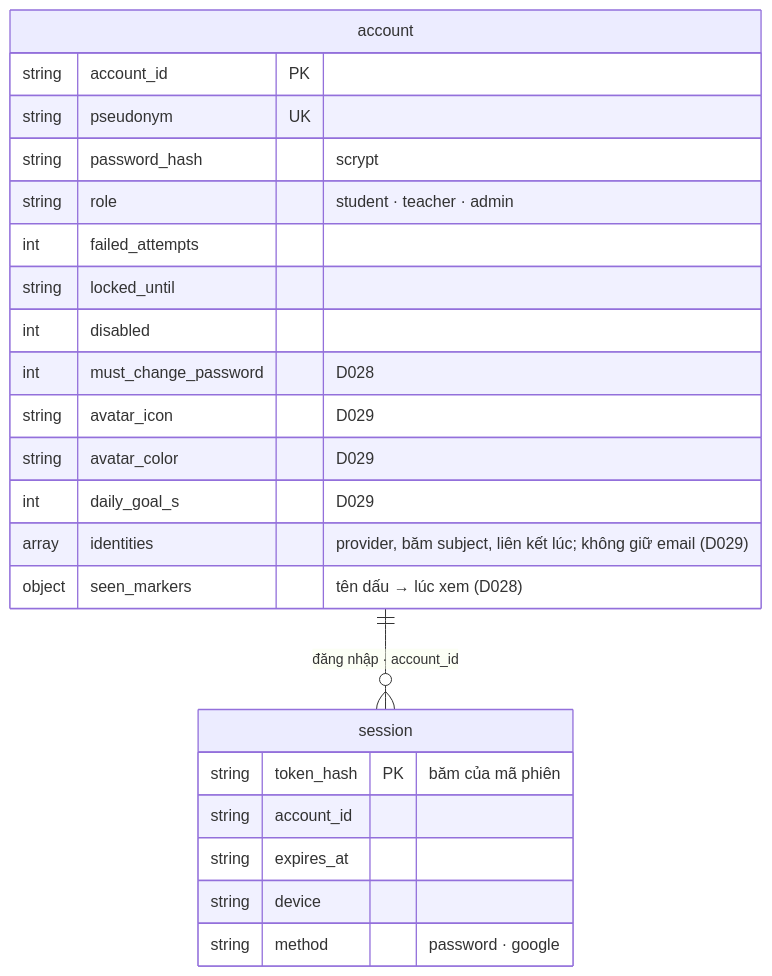
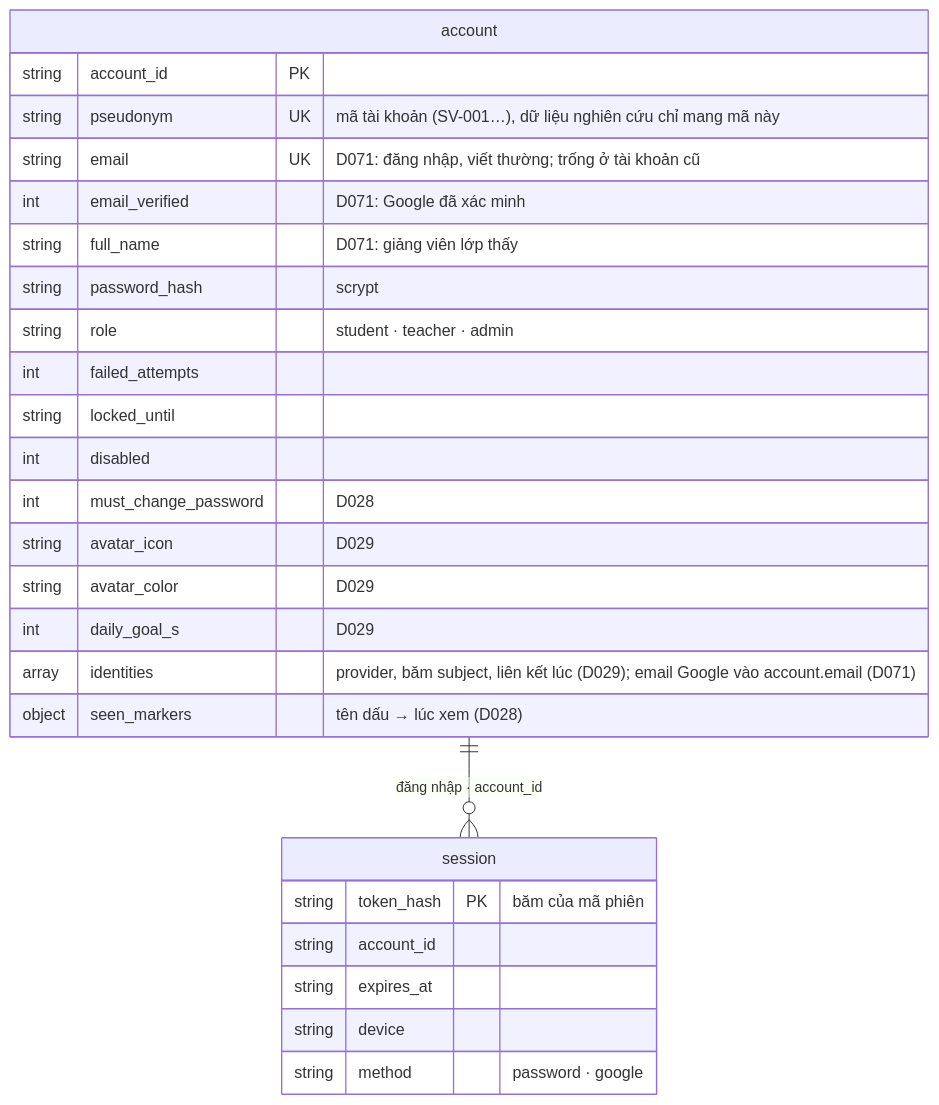
The seventh of 12 diagrams in docs/sdd/SDD.md (ThanhSangLouis/ai-assessor-cefr), drawn with Mermaid before and after one commit. The commit also changed other lines of this file and 23 other files, not shown here.

First line of the commit message:
D074: học theo band – người học chọn band, giảng viên giao lộ trình theo nhóm (#106)

````diff
--- a/docs/sdd/SDD.md
+++ b/docs/sdd/SDD.md
@@ -1062,31 +1063,34 @@
 ```mermaid
 %% SDD - Diagram 5c: ERD - dinh danh (MongoDB, database core, D060)
 %% Lien ket Google va dau "da xem" nam trong document cua tai khoan; phien dang
 %% nhap la collection rieng vi can chi muc TTL tu xoa phien het han.
 erDiagram
     account ||--o{ session : "đăng nhập · account_id"
 
     account {
         string account_id PK
-        string pseudonym UK
+        string pseudonym UK "mã tài khoản (SV-001…), dữ liệu nghiên cứu chỉ mang mã này"
+        string email UK "D071: đăng nhập, viết thường; trống ở tài khoản cũ"
+        int email_verified "D071: Google đã xác minh"
+        string full_name "D071: giảng viên lớp thấy"
         string password_hash "scrypt"
         string role "student · teacher · admin"
         int failed_attempts
         string locked_until
         int disabled
         int must_change_password "D028"
         string avatar_icon "D029"
         string avatar_color "D029"
         int daily_goal_s "D029"
-        array identities "provider, băm subject, liên kết lúc; không giữ email (D029)"
+        array identities "provider, băm subject, liên kết lúc (D029); email Google vào account.email (D071)"
         object seen_markers "tên dấu → lúc xem (D028)"
     }
 
     session {
         string token_hash PK "băm của mã phiên"
         string account_id
         string expires_at
         string device
         string method "password · google"
     }
 ```
````
